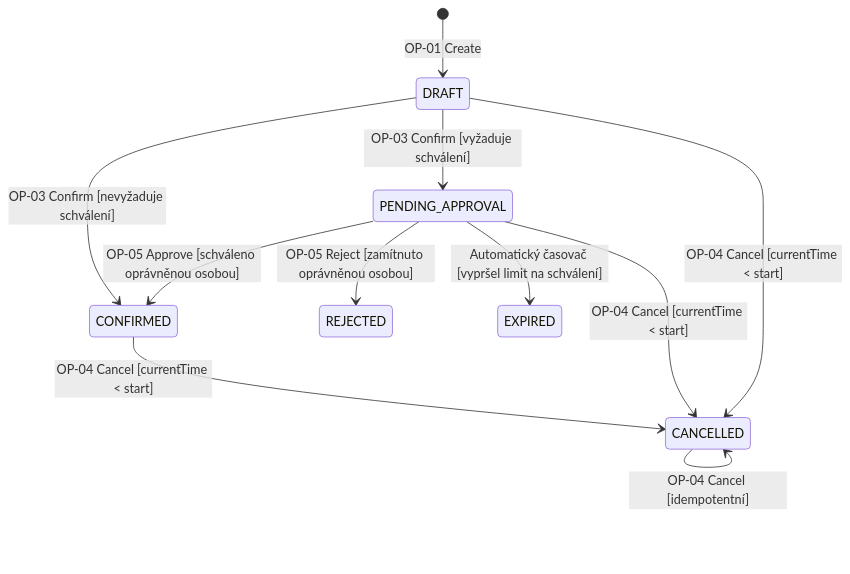
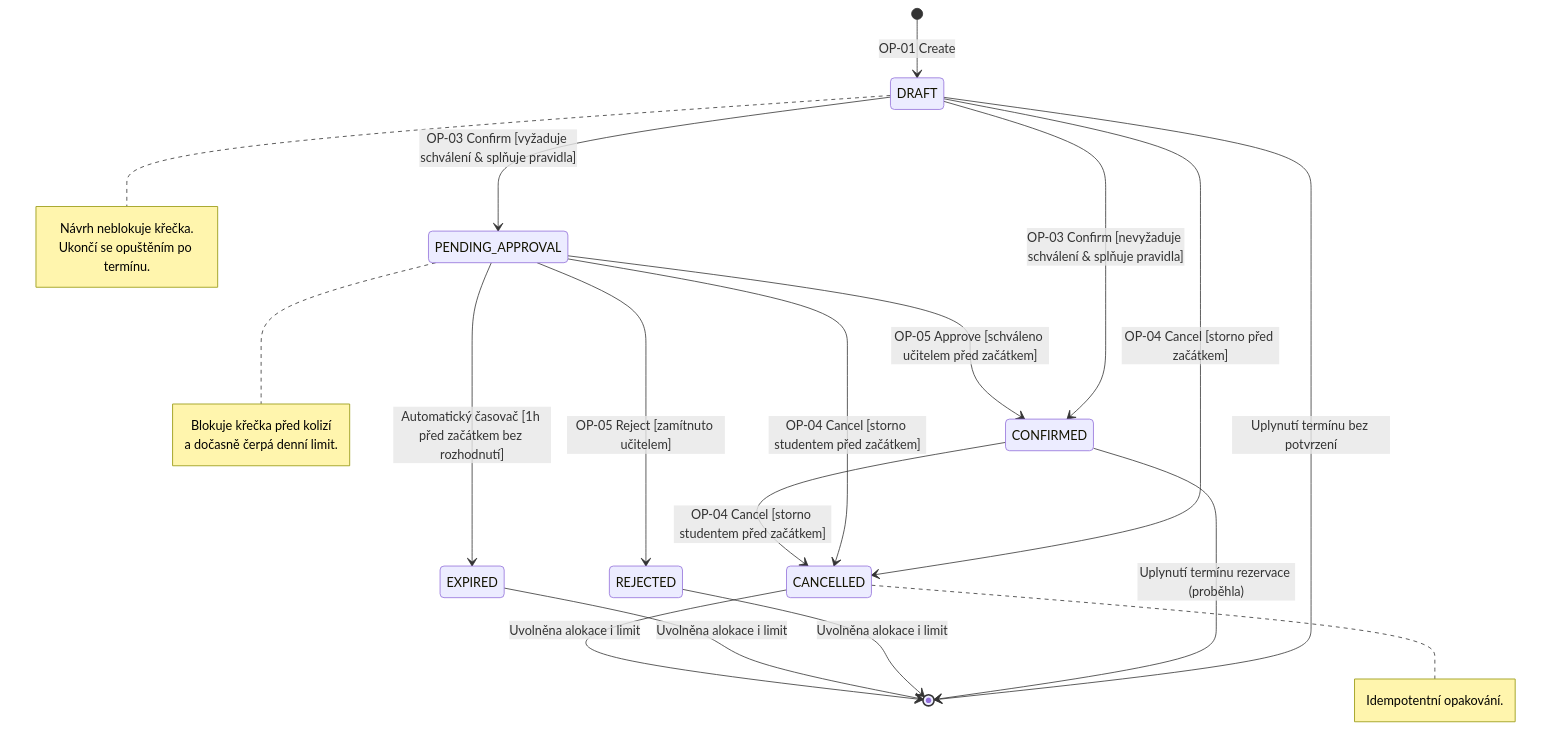
The fifth of 6 diagrams in DIAGRAMS.md (tomaskirnig/SWI_2027), drawn with Mermaid before and after one commit. The commit also changed other lines of this file and 1 other file, not shown here.

Commit message:
refactor: Refactored diagrams.md

````diff
--- a/DIAGRAMS.md
+++ b/DIAGRAMS.md
@@ -172,17 +258,35 @@
 ```mermaid
 stateDiagram-v2
     [*] --> DRAFT : OP-01 Create
 
-    DRAFT --> CONFIRMED : OP-03 Confirm [nevyžaduje schválení]
-    DRAFT --> PENDING_APPROVAL : OP-03 Confirm [vyžaduje schválení]
+    note right of DRAFT
+        Návrh neblokuje křečka.
+        Ukončí se opuštěním po termínu.
+    end note
+
+    DRAFT --> CONFIRMED : OP-03 Confirm [nevyžaduje schválení & splňuje pravidla]
+    DRAFT --> PENDING_APPROVAL : OP-03 Confirm [vyžaduje schválení & splňuje pravidla]
+    DRAFT --> CANCELLED : OP-04 Cancel [storno před začátkem]
+    DRAFT --> [*] : Uplynutí termínu bez potvrzení
     
-    PENDING_APPROVAL --> CONFIRMED : OP-05 Approve [schváleno oprávněnou osobou]
-    PENDING_APPROVAL --> REJECTED : OP-05 Reject [zamítnuto oprávněnou osobou]
-    PENDING_APPROVAL --> EXPIRED : Automatický časovač [vypršel limit na schválení]
+    note right of PENDING_APPROVAL
+        Blokuje křečka před kolizí
+        a dočasně čerpá denní limit.
+    end note
+
+    PENDING_APPROVAL --> CONFIRMED : OP-05 Approve [schváleno učitelem před začátkem]
+    PENDING_APPROVAL --> REJECTED : OP-05 Reject [zamítnuto učitelem]
+    PENDING_APPROVAL --> EXPIRED : Automatický časovač [1h před začátkem bez rozhodnutí]
+    PENDING_APPROVAL --> CANCELLED : OP-04 Cancel [storno studentem před začátkem]
+
+    CONFIRMED --> CANCELLED : OP-04 Cancel [storno studentem před začátkem]
     
-    DRAFT --> CANCELLED : OP-04 Cancel [currentTime < start]
-    PENDING_APPROVAL --> CANCELLED : OP-04 Cancel [currentTime < start]
-    CONFIRMED --> CANCELLED : OP-04 Cancel [currentTime < start]
-    
-    CANCELLED --> CANCELLED : OP-04 Cancel [idempotentní]
+    note right of CANCELLED
+        Idempotentní opakování.
+    end note
+
+    CONFIRMED --> [*] : Uplynutí termínu rezervace (proběhla)
+    REJECTED --> [*] : Uvolněna alokace i limit
+    EXPIRED --> [*] : Uvolněna alokace i limit
+    CANCELLED --> [*] : Uvolněna alokace i limit
 ```
````
